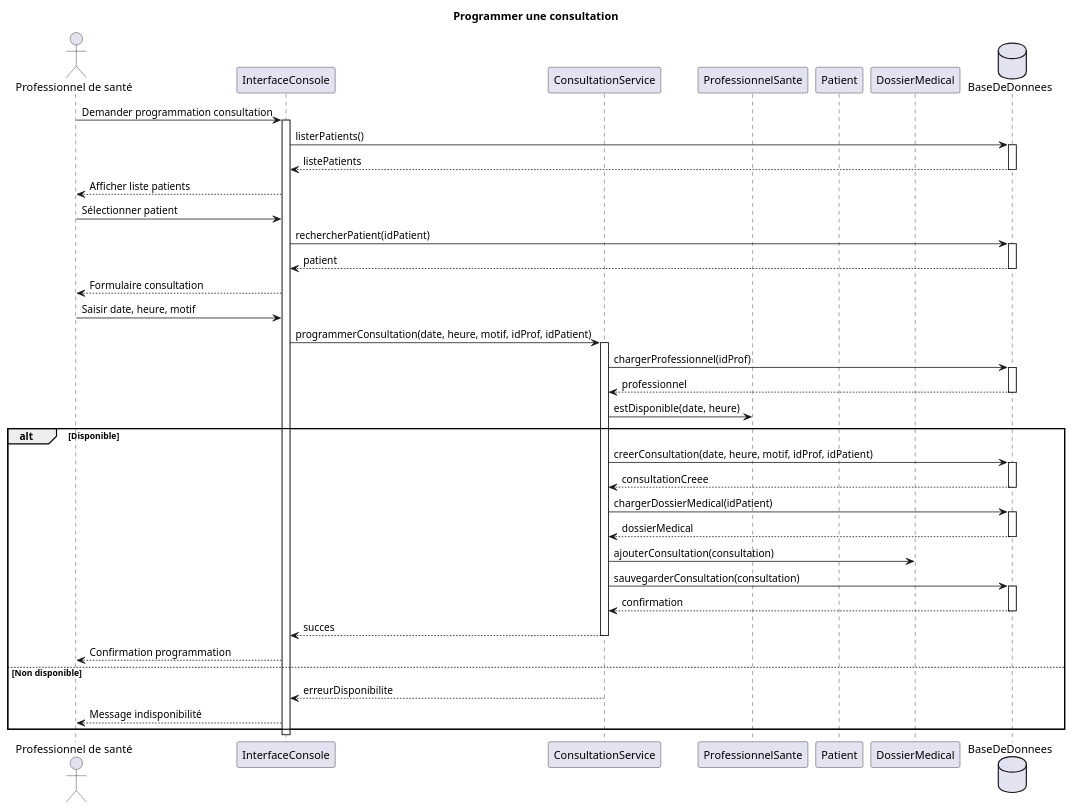
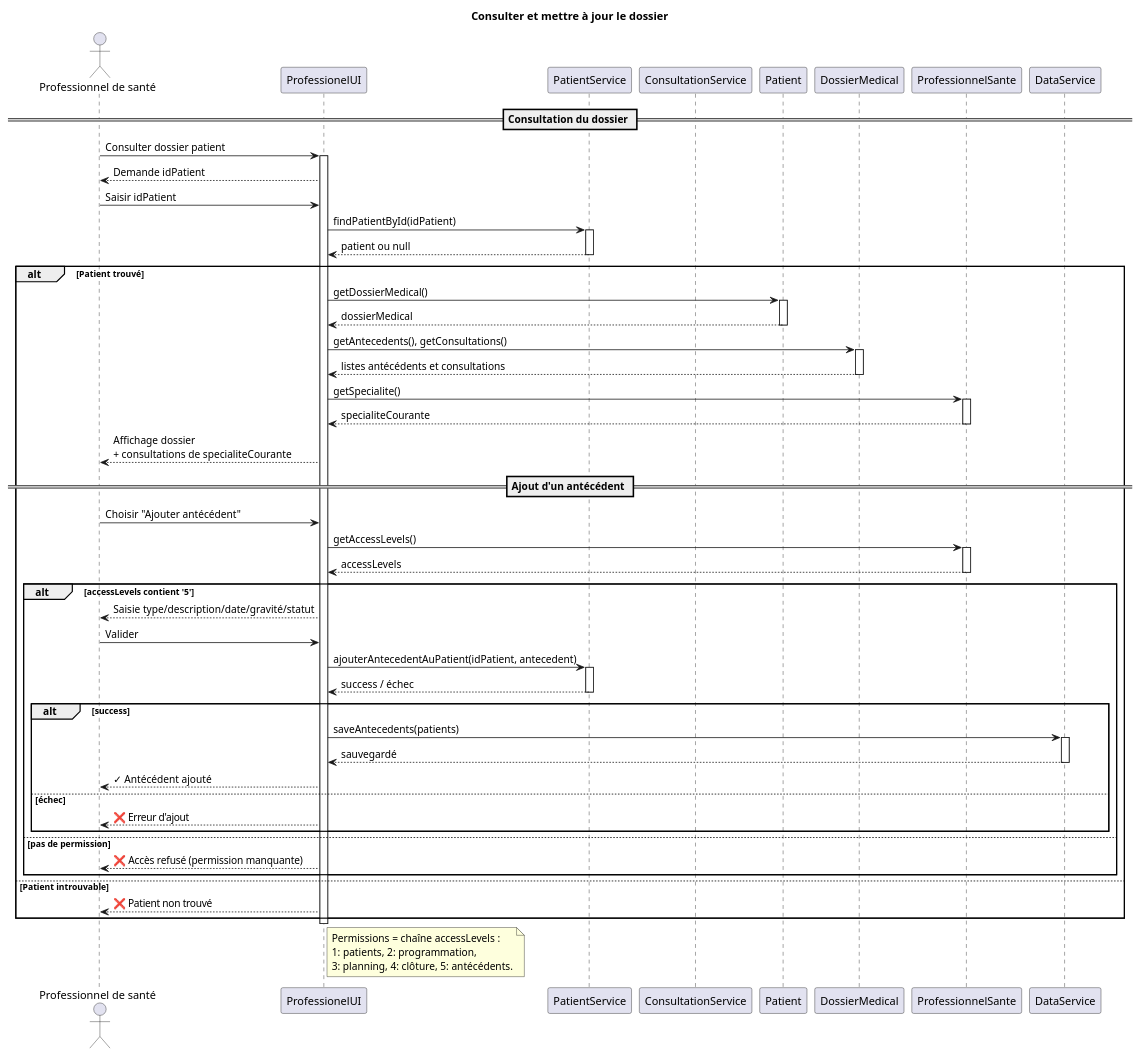
One commit to Prime-Dior/Groupe_24 changed the diagram in src/Diagrammes/sequences/sequence-programmer consultation.puml. Above: the diagram before and after it, drawn with PlantUML.

Commit message:
Update sequence-programmer consultation.puml

```diff
--- a/src/Diagrammes/sequences/sequence-programmer consultation.puml
+++ b/src/Diagrammes/sequences/sequence-programmer consultation.puml
@@ -1,68 +1,88 @@
-@startuml ProgrammerConsultation
-title Programmer une consultation
+@startuml ConsulterMajDossier
+title Consulter et mettre à jour le dossier 
 
 actor "Professionnel de santé" as ProfSante
-participant "InterfaceConsole" as UI
-participant "ConsultationService" as ConsultService
+participant "ProfessionelUI" as UI
+participant "PatientService" as PatientService
+participant "ConsultationService" as ConsService
+participant "Patient" as PatientObj
+participant "DossierMedical" as Dossier
 participant "ProfessionnelSante" as ProfObj
-participant "Patient" as Patient
-participant "DossierMedical" as Dossier
-database "BaseDeDonnees" as DB
+participant "DataService" as DataService
 
-ProfSante -> UI : Demander programmation consultation
+== Consultation du dossier ==
+ProfSante -> UI : Consulter dossier patient
 activate UI
 
-UI -> DB : listerPatients()
-activate DB
-DB --> UI : listePatients
-deactivate DB
+UI --> ProfSante : Demande idPatient
+ProfSante -> UI : Saisir idPatient
 
-UI --> ProfSante : Afficher liste patients
-ProfSante -> UI : Sélectionner patient
+UI -> PatientService : findPatientById(idPatient)
+activate PatientService
+PatientService --> UI : patient ou null
+deactivate PatientService
 
-UI -> DB : rechercherPatient(idPatient)
-activate DB
-DB --> UI : patient
-deactivate DB
+alt Patient trouvé
+    UI -> PatientObj : getDossierMedical()
+    activate PatientObj
+    PatientObj --> UI : dossierMedical
+    deactivate PatientObj
 
-UI --> ProfSante : Formulaire consultation
-ProfSante -> UI : Saisir date, heure, motif
+    UI -> Dossier : getAntecedents(), getConsultations()
+    activate Dossier
+    Dossier --> UI : listes antécédents et consultations
+    deactivate Dossier
 
-UI -> ConsultService : programmerConsultation(date, heure, motif, idProf, idPatient)
-activate ConsultService
+    ' Filtre par spécialité du professionnel connecté
+    UI -> ProfObj : getSpecialite()
+    activate ProfObj
+    ProfObj --> UI : specialiteCourante
+    deactivate ProfObj
 
-ConsultService -> DB : chargerProfessionnel(idProf)
-activate DB
-DB --> ConsultService : professionnel
-deactivate DB
+    UI --> ProfSante : Affichage dossier\n+ consultations de specialiteCourante
 
-ConsultService -> ProfObj : estDisponible(date, heure)
-alt Disponible
-    ConsultService -> DB : creerConsultation(date, heure, motif, idProf, idPatient)
-    activate DB
-    DB --> ConsultService : consultationCreee
-    deactivate DB
+    == Ajout d'un antécédent ==
+    ProfSante -> UI : Choisir "Ajouter antécédent"
 
-    ConsultService -> DB : chargerDossierMedical(idPatient)
-    activate DB
-    DB --> ConsultService : dossierMedical
-    deactivate DB
+    ' Vérification permission via accessLevels (chiffre 5)
+    UI -> ProfObj : getAccessLevels()
+    activate ProfObj
+    ProfObj --> UI : accessLevels
+    deactivate ProfObj
 
-    ConsultService -> Dossier : ajouterConsultation(consultation)
-    ConsultService -> DB : sauvegarderConsultation(consultation)
-    activate DB
-    DB --> ConsultService : confirmation
-    deactivate DB
+    alt accessLevels contient '5'
+        UI --> ProfSante : Saisie type/description/date/gravité/statut
+        ProfSante -> UI : Valider
 
-    ConsultService --> UI : succes
-    deactivate ConsultService
-    UI --> ProfSante : Confirmation programmation
-else Non disponible
-    ConsultService --> UI : erreurDisponibilite
-    deactivate ConsultService
-    UI --> ProfSante : Message indisponibilité
+        UI -> PatientService : ajouterAntecedentAuPatient(idPatient, antecedent)
+        activate PatientService
+        PatientService --> UI : success / échec
+        deactivate PatientService
+
+        alt success
+            UI -> DataService : saveAntecedents(patients)
+            activate DataService
+            DataService --> UI : sauvegardé
+            deactivate DataService
+
+            UI --> ProfSante : ✓ Antécédent ajouté
+        else échec
+            UI --> ProfSante : ❌ Erreur d'ajout
+        end
+    else pas de permission
+        UI --> ProfSante : ❌ Accès refusé (permission manquante)
+    end
+
+else Patient introuvable
+    UI --> ProfSante : ❌ Patient non trouvé
 end
 
 deactivate UI
 
+note right of UI
+  Permissions = chaîne accessLevels :
+  1: patients, 2: programmation,
+  3: planning, 4: clôture, 5: antécédents.
+end note
+
 @enduml
```
